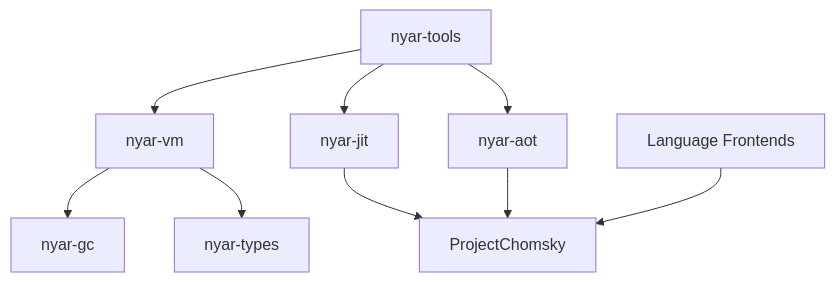
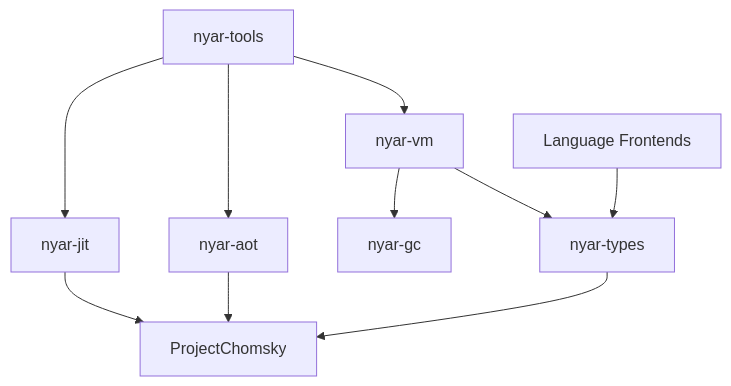
The first of 2 diagrams in documentation/zh-hans/maintenance/index.md (nyar-vm/nyar-vm), drawn with Mermaid before and after one commit. The commit also changed other lines of this file and 8 other files, not shown here.

````diff
--- a/documentation/zh-hans/maintenance/index.md
+++ b/documentation/zh-hans/maintenance/index.md
@@ -22,14 +22,15 @@
 ```mermaid
 graph TD
     Tools[nyar-tools] --> VM[nyar-vm]
     Tools --> AOT[nyar-aot]
     Tools --> JIT[nyar-jit]
     
     VM --> GC[nyar-gc]
     VM --> Types[nyar-types]
     
     JIT --> Chomsky[ProjectChomsky]
     AOT --> Chomsky
     
-    Frontends[Language Frontends] --> Chomsky
+    Frontends[Language Frontends] --> Types
+    Types --> Chomsky
 ```
````
